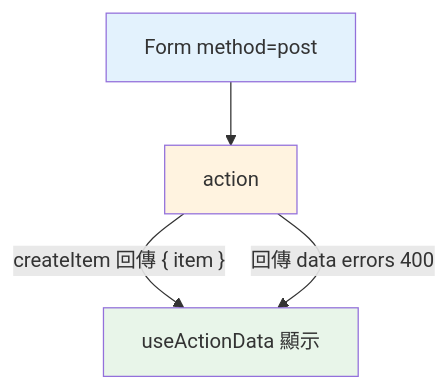
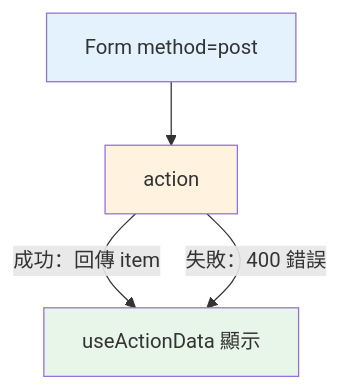
One commit to summer10920/summer10920.github.io changed diagram 11 of 17 in source/_posts/lokiTech-15day-11-react-router.md. Above: the diagram before and after it, drawn with Mermaid. The commit also changed other lines of this file and 1 other file, not shown here.

First line of the commit message:
docs(lecture): 修正 11 Router 教學順序、diff 與 mermaid

```diff
--- a/source/_posts/lokiTech-15day-11-react-router.md
+++ b/source/_posts/lokiTech-15day-11-react-router.md
@@ -1668,8 +1536,8 @@
 {% mermaid graph TD %}
   form["Form method=post"] --> action["action"]
-  action -->|"createItem 回傳 { item }"| hook["useActionData 顯示"]
-  action -->|"回傳 data errors 400"| hook
+  action -->|"成功：回傳 item"| hook["useActionData 顯示"]
+  action -->|"失敗：400 錯誤"| hook
   style form fill:#e3f2fd
   style action fill:#fff3e0
   style hook fill:#e8f5e9
 {% endmermaid %}
```
